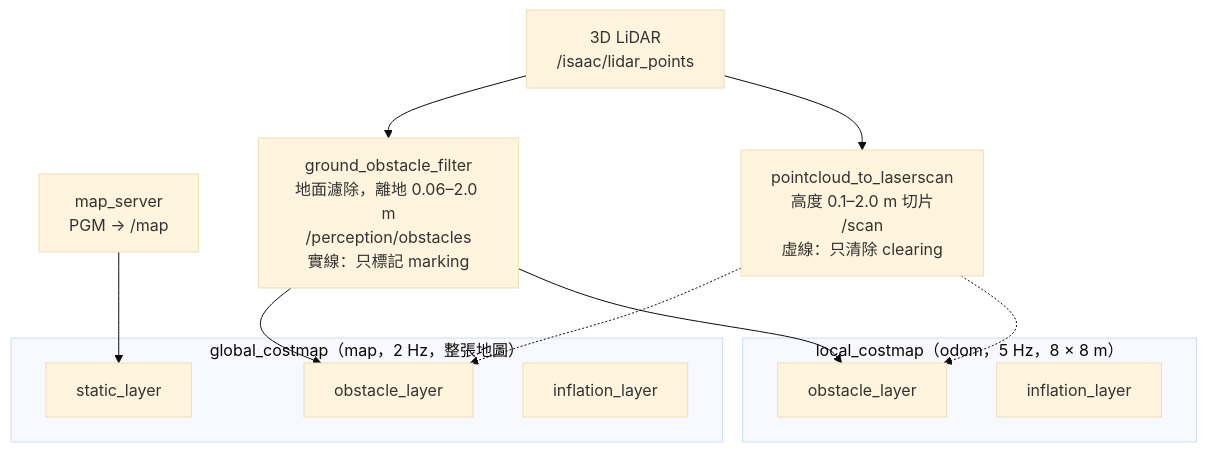
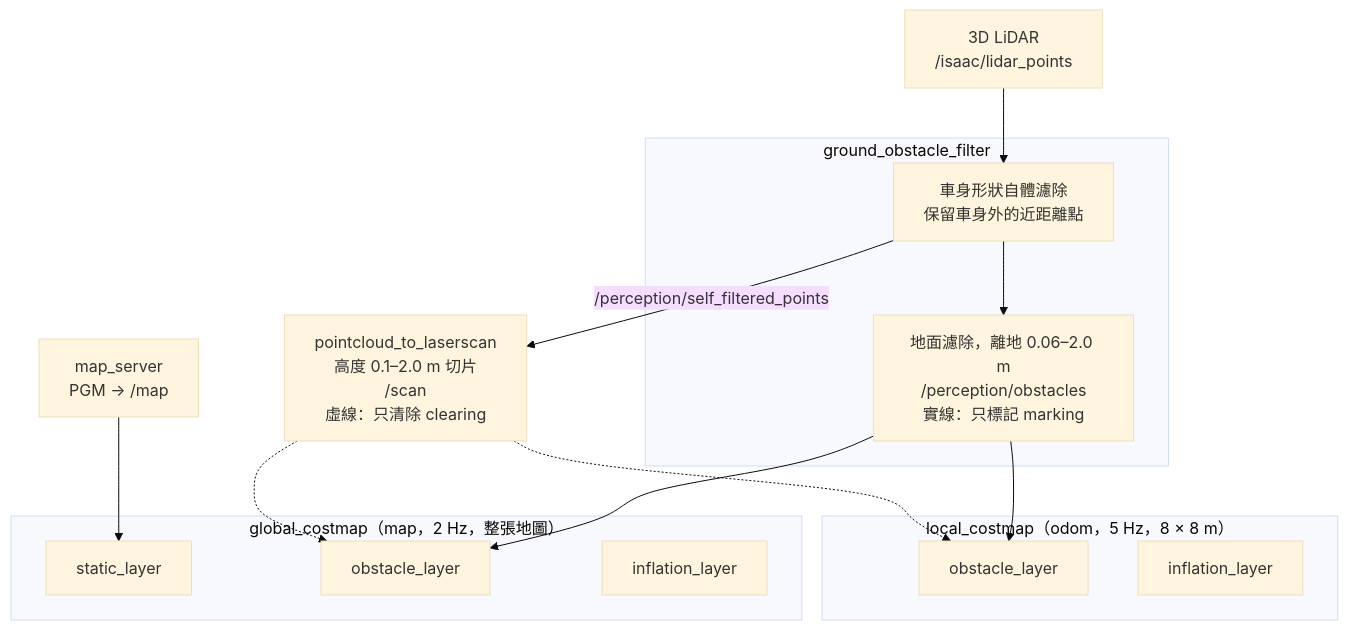
Before and after one commit to piggaycheng/isaacsim_fast-lio2-slam: the first of 5 diagrams in docs/nav.md, drawn with Mermaid (base theme). The commit also changed other lines of this file and 9 other files, not shown here.

````diff
--- a/docs/nav.md
+++ b/docs/nav.md
@@ -15,26 +15,30 @@
 ```mermaid
 flowchart TD
     Lidar["3D LiDAR<br/>/isaac/lidar_points"]
     MapServer["map_server<br/>PGM → /map"]
-    GroundFilter["ground_obstacle_filter<br/>地面濾除，離地 0.06–2.0 m<br/>/perception/obstacles<br/>實線：只標記 marking"]
+    subgraph Filter ["ground_obstacle_filter"]
+        SelfFilter["車身形狀自體濾除<br/>保留車身外的近距離點"]
+        GroundFilter["地面濾除，離地 0.06–2.0 m<br/>/perception/obstacles<br/>實線：只標記 marking"]
+    end
     ScanProj["pointcloud_to_laserscan<br/>高度 0.1–2.0 m 切片<br/>/scan<br/>虛線：只清除 clearing"]
 
     subgraph GlobalCostmap ["global_costmap（map，2 Hz，整張地圖）"]
         GStatic["static_layer"]
         GObstacle["obstacle_layer"]
         GInflation["inflation_layer"]
     end
 
     subgraph LocalCostmap ["local_costmap（odom，5 Hz，8 × 8 m）"]
         LObstacle["obstacle_layer"]
         LInflation["inflation_layer"]
     end
 
-    Lidar --> GroundFilter
-    Lidar --> ScanProj
+    Lidar --> SelfFilter
+    SelfFilter --> GroundFilter
+    SelfFilter -->|"/perception/self_filtered_points"| ScanProj
     MapServer --> GStatic
     GroundFilter --> GObstacle
     GroundFilter --> LObstacle
     ScanProj -.-> GObstacle
     ScanProj -.-> LObstacle
 ```
````
